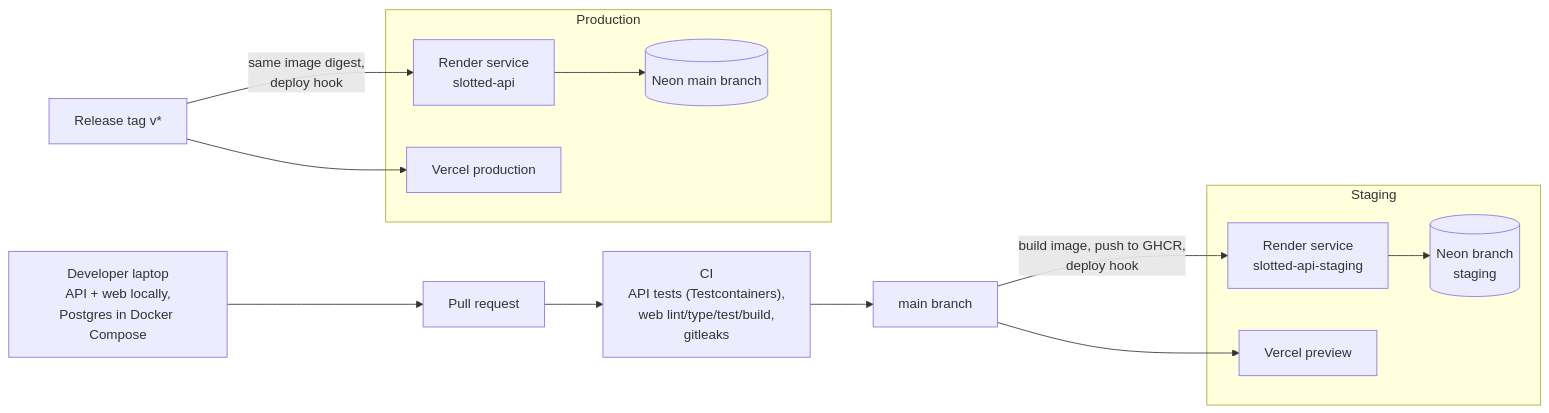
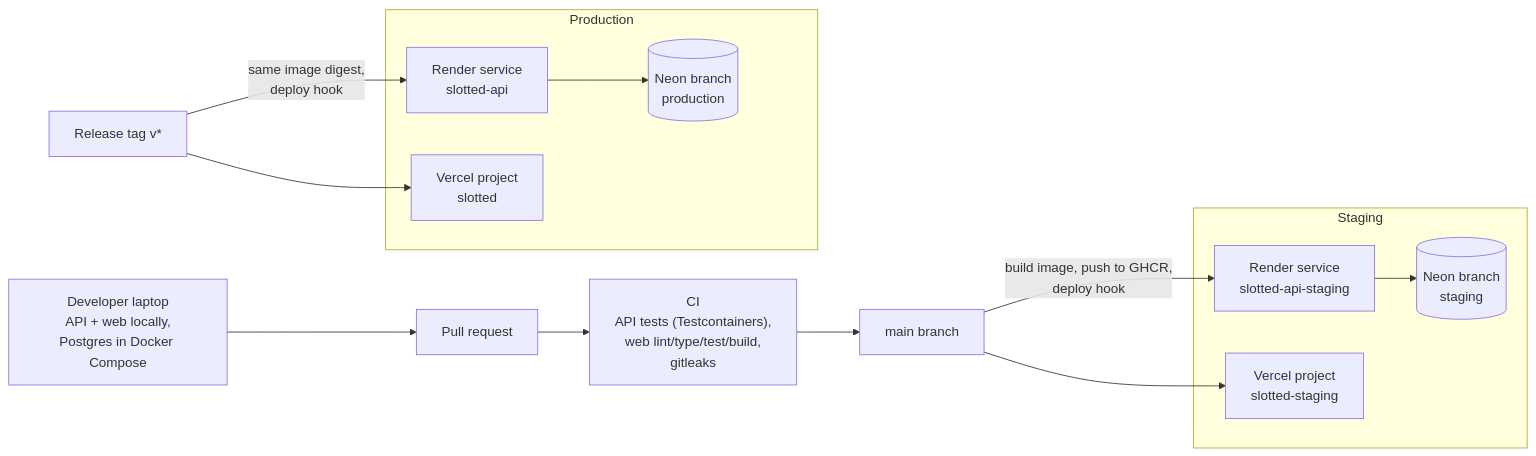
One commit to EthanYap123/slotted changed the eighth of 8 diagrams in docs/ARCHITECTURE.md. Above: the diagram before and after it, drawn with Mermaid. The commit also changed other lines of this file and 10 other files, not shown here.

````diff
--- a/docs/ARCHITECTURE.md
+++ b/docs/ARCHITECTURE.md
@@ -248,27 +248,27 @@
 ```mermaid
 flowchart LR
     dev["Developer laptop<br/>API + web locally,<br/>Postgres in Docker Compose"]
     pr["Pull request"]
     ci["CI<br/>API tests (Testcontainers),<br/>web lint/type/test/build,<br/>gitleaks"]
     main["main branch"]
     tag["Release tag v*"]
 
     subgraph staging["Staging"]
         sapi["Render service<br/>slotted-api-staging"]
         sdb[("Neon branch<br/>staging")]
-        sweb["Vercel preview"]
+        sweb["Vercel project<br/>slotted-staging"]
     end
     subgraph prod["Production"]
         papi["Render service<br/>slotted-api"]
-        pdb[("Neon main branch")]
-        pweb["Vercel production"]
+        pdb[("Neon branch<br/>production")]
+        pweb["Vercel project<br/>slotted"]
     end
 
     dev --> pr --> ci --> main
     main -- "build image, push to GHCR,<br/>deploy hook" --> sapi
     main --> sweb
     tag -- "same image digest,<br/>deploy hook" --> papi
     tag --> pweb
     sapi --> sdb
     papi --> pdb
 ```
````
